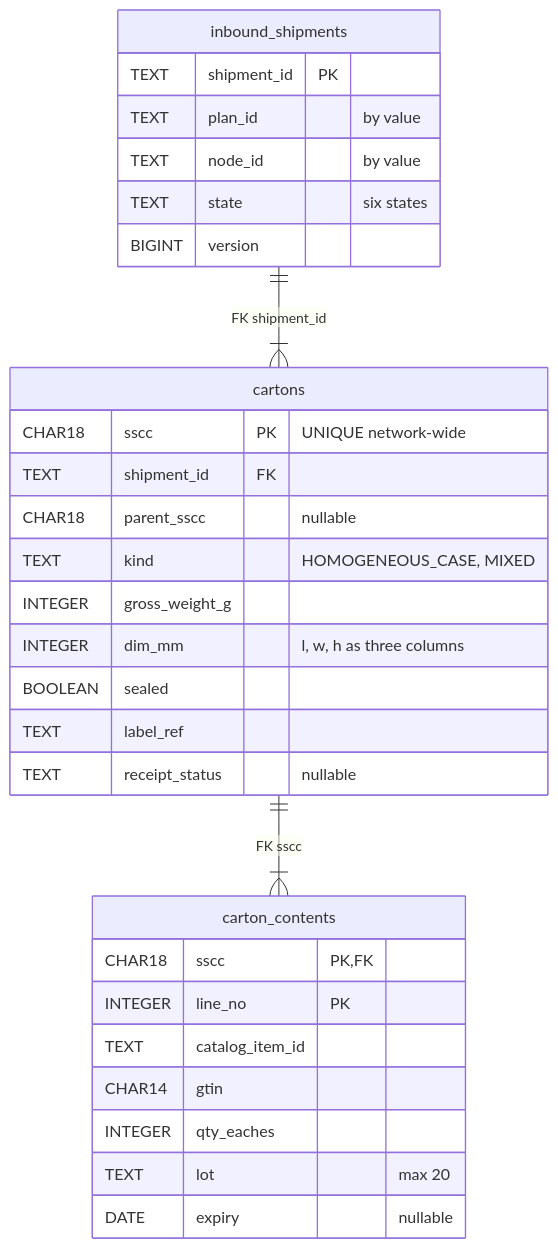
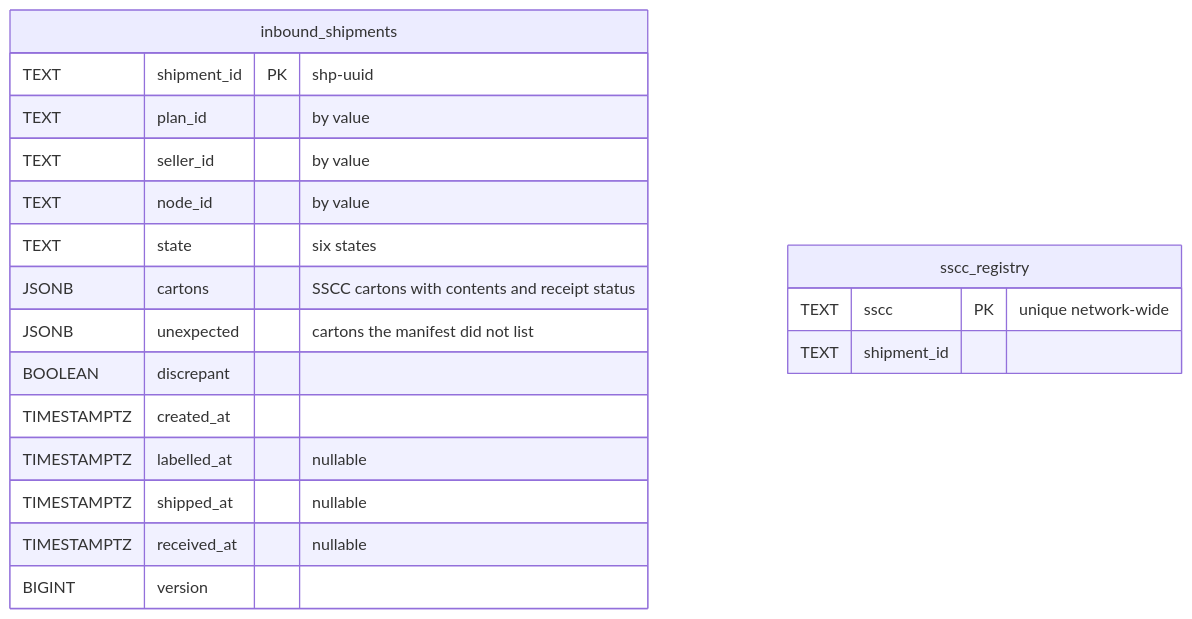
Before and after one commit to IQVO/warehouse-docs: the second of 5 diagrams in network/docs/contexts/seller-inbound/entity-relationship.md, drawn with Mermaid. The commit also changed other lines of this file and 15 other files, not shown here.

First line of the commit message:
docs(network): slice 3b - seller-inbound pack flipped to as built (14 pages) + model UL code ids

````diff
--- a/network/docs/contexts/seller-inbound/entity-relationship.md
+++ b/network/docs/contexts/seller-inbound/entity-relationship.md
@@ -49,32 +56,22 @@
 ```mermaid
 erDiagram
-    inbound_shipments ||--|{ cartons : "FK shipment_id"
-    cartons ||--|{ carton_contents : "FK sscc"
     inbound_shipments {
-        TEXT shipment_id PK
+        TEXT shipment_id PK "shp-uuid"
         TEXT plan_id "by value"
+        TEXT seller_id "by value"
         TEXT node_id "by value"
         TEXT state "six states"
+        JSONB cartons "SSCC cartons with contents and receipt status"
+        JSONB unexpected "cartons the manifest did not list"
+        BOOLEAN discrepant
+        TIMESTAMPTZ created_at
+        TIMESTAMPTZ labelled_at "nullable"
+        TIMESTAMPTZ shipped_at "nullable"
+        TIMESTAMPTZ received_at "nullable"
         BIGINT version
     }
-    cartons {
-        CHAR18 sscc PK "UNIQUE network-wide"
-        TEXT shipment_id FK
-        CHAR18 parent_sscc "nullable"
-        TEXT kind "HOMOGENEOUS_CASE, MIXED"
-        INTEGER gross_weight_g
-        INTEGER dim_mm "l, w, h as three columns"
-        BOOLEAN sealed
-        TEXT label_ref
-        TEXT receipt_status "nullable"
-    }
-    carton_contents {
-        CHAR18 sscc PK,FK
-        INTEGER line_no PK
-        TEXT catalog_item_id
-        CHAR14 gtin
-        INTEGER qty_eaches
-        TEXT lot "max 20"
-        DATE expiry "nullable"
+    sscc_registry {
+        TEXT sscc PK "unique network-wide"
+        TEXT shipment_id
     }
 ```
````
